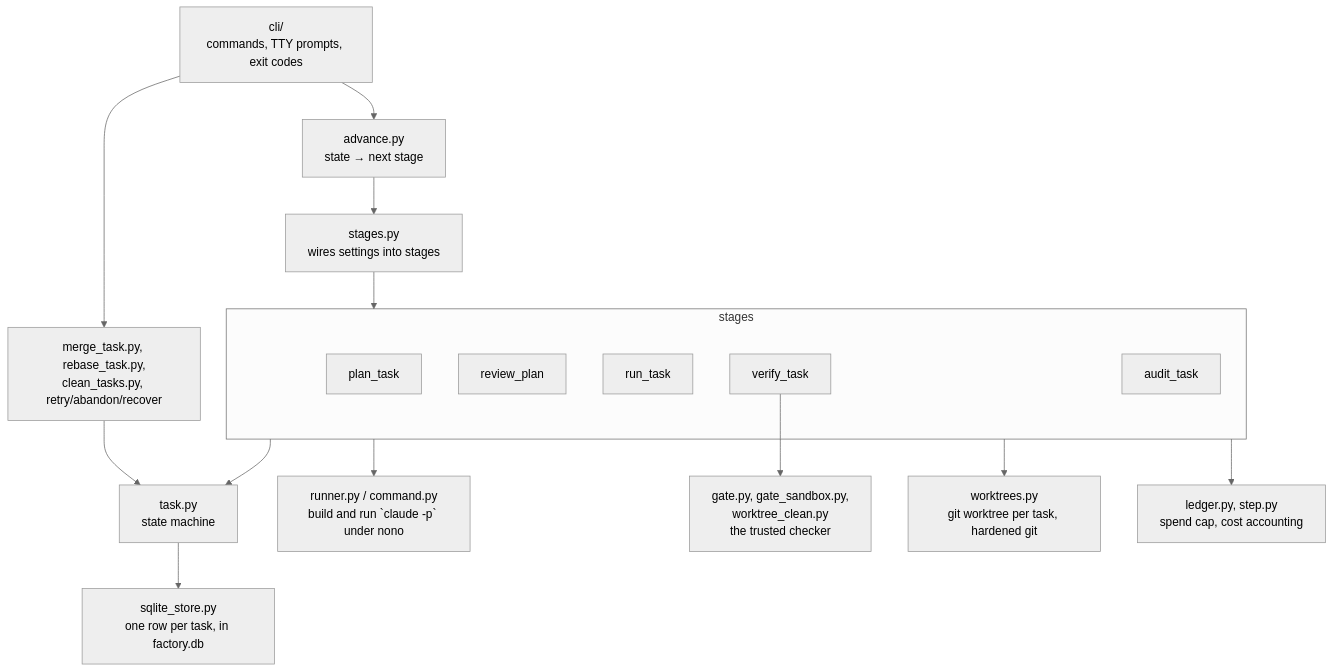
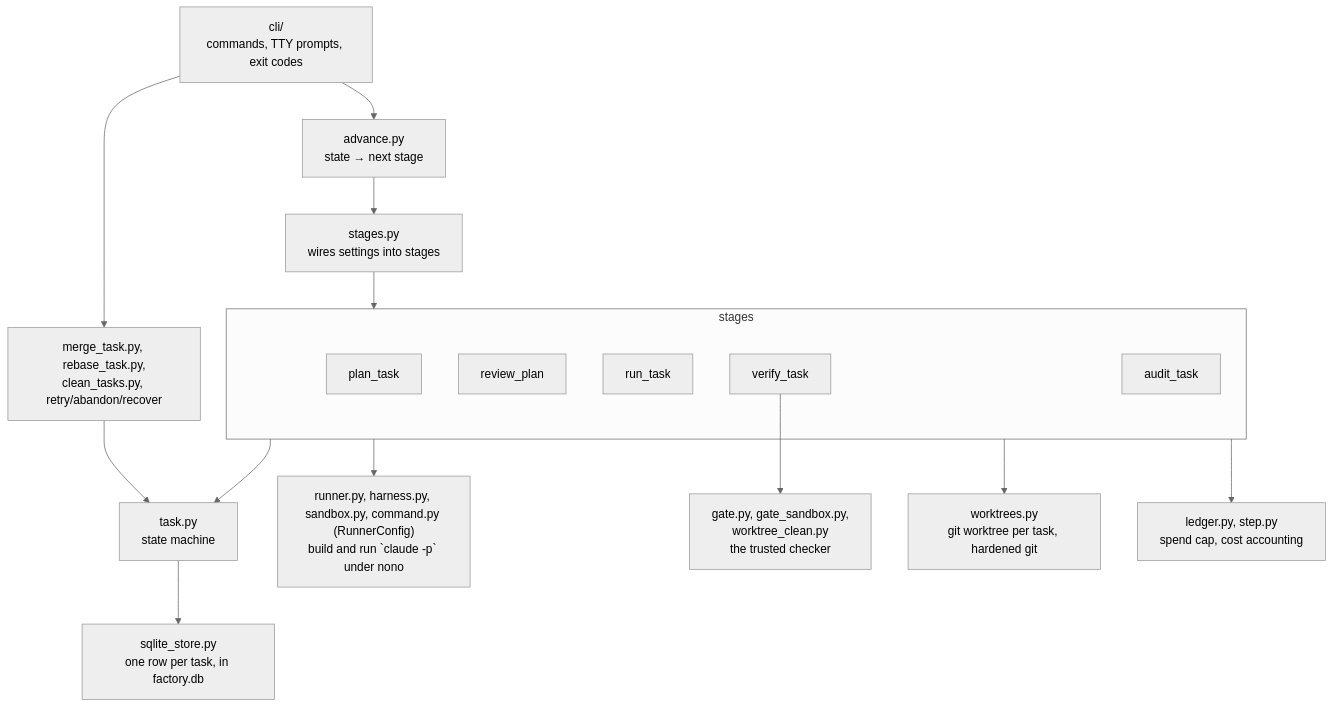
Before and after one commit to jshiell/factory: the third of 3 diagrams in README.md, drawn with Mermaid (neutral theme). The commit also changed other lines of this file and 1 other file, not shown here.

Commit message:
Delete the build_command and sandbox_prefix forwarders from command.py

````diff
--- a/README.md
+++ b/README.md
@@ -280,29 +280,29 @@
 ```mermaid
 flowchart TB
     cli["cli/<br/>commands, TTY prompts, exit codes"]
     advance["advance.py<br/>state → next stage"]
     stages["stages.py<br/>wires settings into stages"]
     subgraph stage_fns [stages]
         plan_task
         review_plan
         run_task
         verify_task
         audit_task
     end
     task["task.py<br/>state machine"]
     store["sqlite_store.py<br/>one row per task, in factory.db"]
-    runner["runner.py / command.py<br/>build and run `claude -p` under nono"]
+    runner["runner.py, harness.py, sandbox.py, command.py (RunnerConfig)<br/>build and run `claude -p` under nono"]
     gate["gate.py, gate_sandbox.py,<br/>worktree_clean.py<br/>the trusted checker"]
     wt["worktrees.py<br/>git worktree per task, hardened git"]
     ledger["ledger.py, step.py<br/>spend cap, cost accounting"]
     human["merge_task.py, rebase_task.py,<br/>clean_tasks.py, retry/abandon/recover"]
 
     cli --> advance --> stages --> stage_fns
     cli --> human
     stage_fns --> task --> store
     stage_fns --> runner
     stage_fns --> ledger
     verify_task --> gate
     stage_fns --> wt
     human --> task
 ```
````
